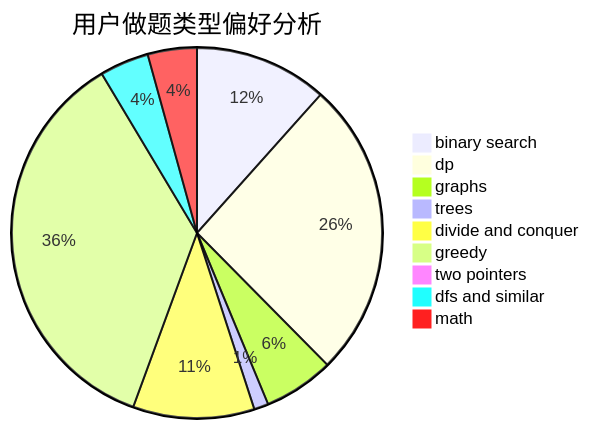
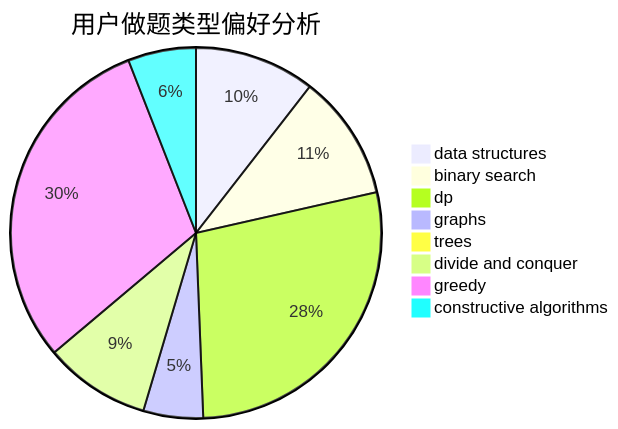
The second of 3 diagrams in docs/user/u55.md (sherpahu/cfrs.github.io), drawn with Mermaid before and after one commit. The commit also changed other lines of this file and 2775 other files, not shown here.

````diff
--- a/docs/user/u55.md
+++ b/docs/user/u55.md
@@ -23,12 +23,11 @@
 ```mermaid
 pie title 用户做题类型偏好分析
-    "binary search" :  138
-    "dp" :  309
-    "graphs" :  73
-    "trees" :  15
-    "divide and conquer" :  126
-    "greedy" :  426
-    "two pointers" :  7
-    "dfs and similar" :  51
-    "math" :  51
+    "data structures" :  101
+    "binary search" :  105
+    "dp" :  268
+    "graphs" :  50
+    "trees" :  5
+    "divide and conquer" :  89
+    "greedy" :  290
+    "constructive algorithms" :  57
 ```
````
